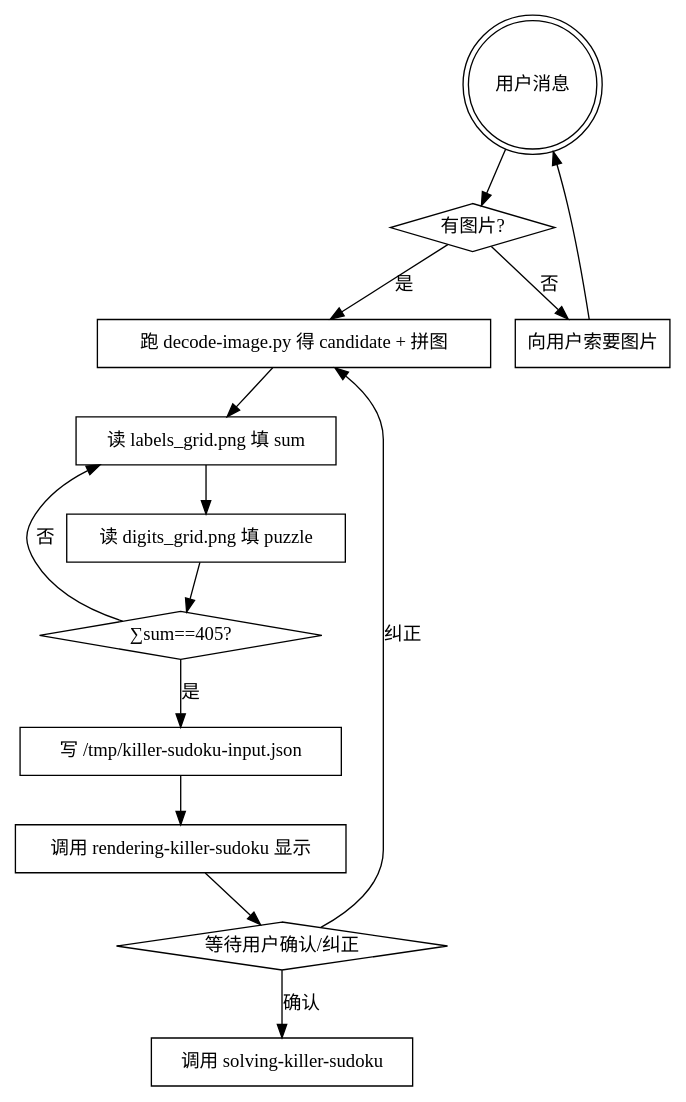
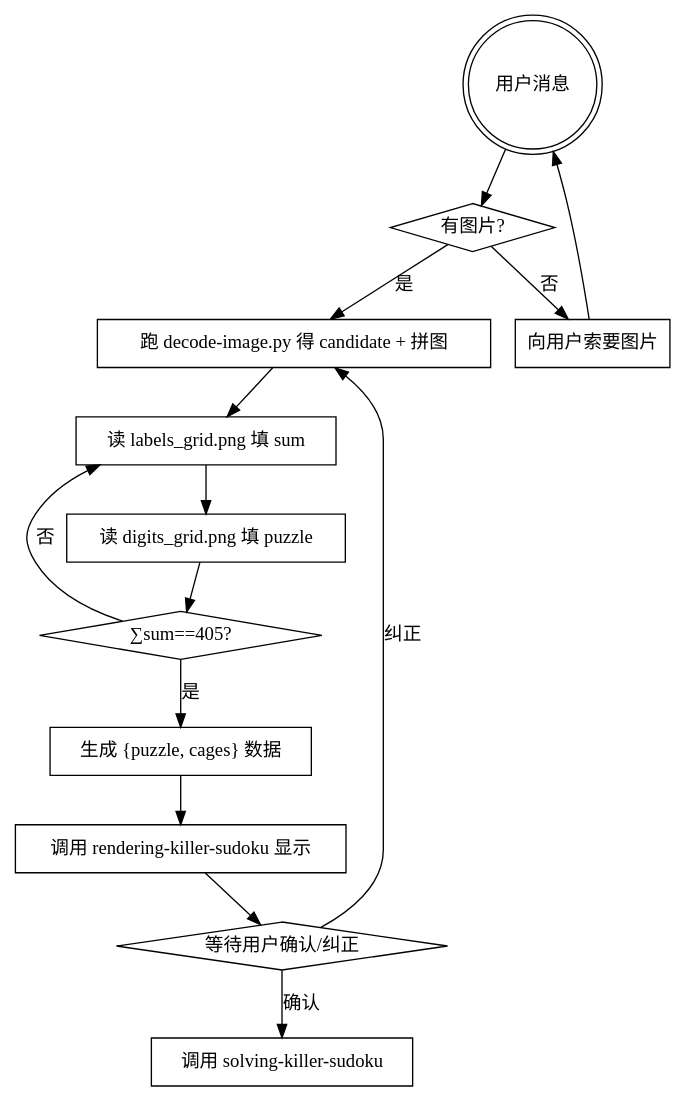
The diagram in packages/killer-sudoku/skills/decoding-killer-sudoku/SKILL.md (HakurouKen/puzzle-solver), drawn with Graphviz before and after one commit. The commit also changed other lines of this file and 12 other files, not shown here.

````diff
--- a/packages/killer-sudoku/skills/decoding-killer-sudoku/SKILL.md
+++ b/packages/killer-sudoku/skills/decoding-killer-sudoku/SKILL.md
@@ -12,27 +12,27 @@
 ```dot
 digraph flow {
     "用户消息" [shape=doublecircle];
     "有图片?" [shape=diamond];
     "向用户索要图片" [shape=box];
     "跑 decode-image.py 得 candidate + 拼图" [shape=box];
     "读 labels_grid.png 填 sum" [shape=box];
     "读 digits_grid.png 填 puzzle" [shape=box];
     "∑sum==405?" [shape=diamond];
-    "写 /tmp/killer-sudoku-input.json" [shape=box];
+    "生成 {puzzle, cages} 数据" [shape=box];
     "调用 rendering-killer-sudoku 显示" [shape=box];
     "等待用户确认/纠正" [shape=diamond];
     "调用 solving-killer-sudoku" [shape=box];
     "用户消息" -> "有图片?";
     "有图片?" -> "跑 decode-image.py 得 candidate + 拼图" [label="是"];
     "有图片?" -> "向用户索要图片" [label="否"];
     "向用户索要图片" -> "用户消息";
     "跑 decode-image.py 得 candidate + 拼图" -> "读 labels_grid.png 填 sum"
         -> "读 digits_grid.png 填 puzzle" -> "∑sum==405?";
     "∑sum==405?" -> "读 labels_grid.png 填 sum" [label="否"];
-    "∑sum==405?" -> "写 /tmp/killer-sudoku-input.json" [label="是"];
-    "写 /tmp/killer-sudoku-input.json" -> "调用 rendering-killer-sudoku 显示"
+    "∑sum==405?" -> "生成 {puzzle, cages} 数据" [label="是"];
+    "生成 {puzzle, cages} 数据" -> "调用 rendering-killer-sudoku 显示"
         -> "等待用户确认/纠正";
     "等待用户确认/纠正" -> "调用 solving-killer-sudoku" [label="确认"];
     "等待用户确认/纠正" -> "跑 decode-image.py 得 candidate + 拼图" [label="纠正"];
 }
 ```
````
